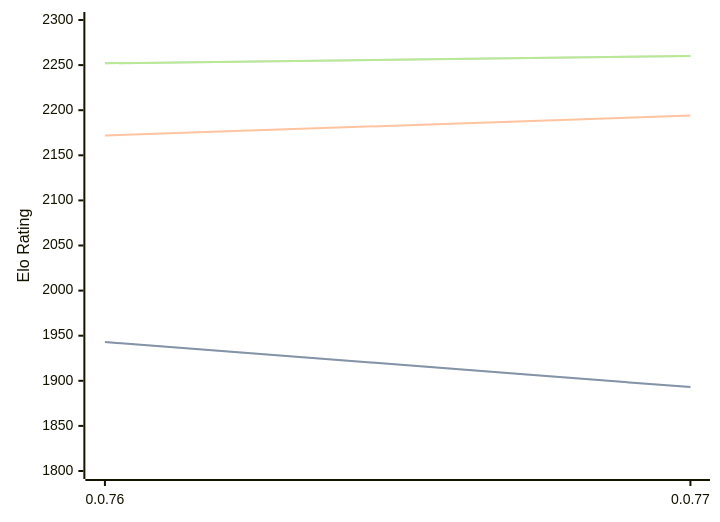
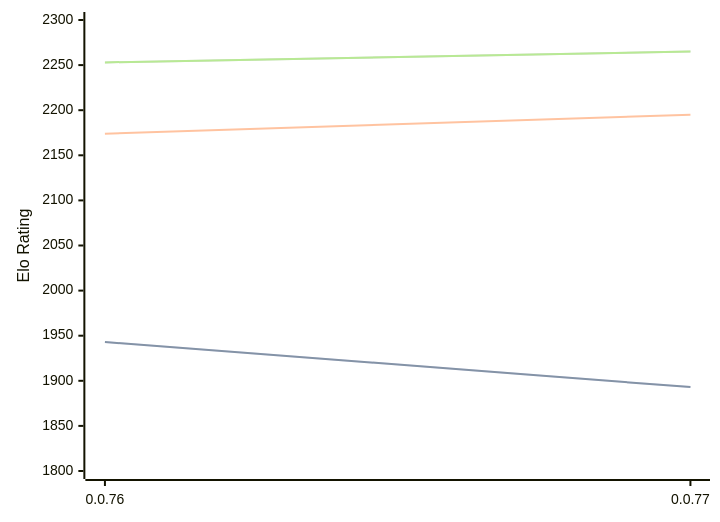
The diagram in engines/Fktb.md (computer-chess-index/cci), drawn with Mermaid before and after one commit. The commit also changed other lines of this file, not shown here.

Commit message:
Update CCI Ratings (ELO VLTC) - 2026-04-25

````diff
--- a/engines/Fktb.md
+++ b/engines/Fktb.md
@@ -32,11 +32,11 @@
 ```mermaid
 %%{init: {"theme":"base","themeVariables":{"seriesColors:['#a3a3a3','#222221','#faa371']}}}%%
 xychart-beta
   x-axis ["0.0.76", "0.0.77"]
   y-axis "Elo Rating" 1800 --> 2300
   line "STC (8.0+0.08s)" [1943, 1893]
   line "STC (8.0+0.08s)" [1943, 1893]
-  line "LTC (60.0+0.60s)" [2172, 2194]
-  line "VLTC (2m24s+1.12s)" [2252, 2260]
-  line "VLTC (2m24s+1.12s)" [2252, 2260]
+  line "LTC (60.0+0.60s)" [2174, 2195]
+  line "VLTC (2m24s+1.12s)" [2253, 2265]
+  line "VLTC (2m24s+1.12s)" [2253, 2265]
 ```
````
